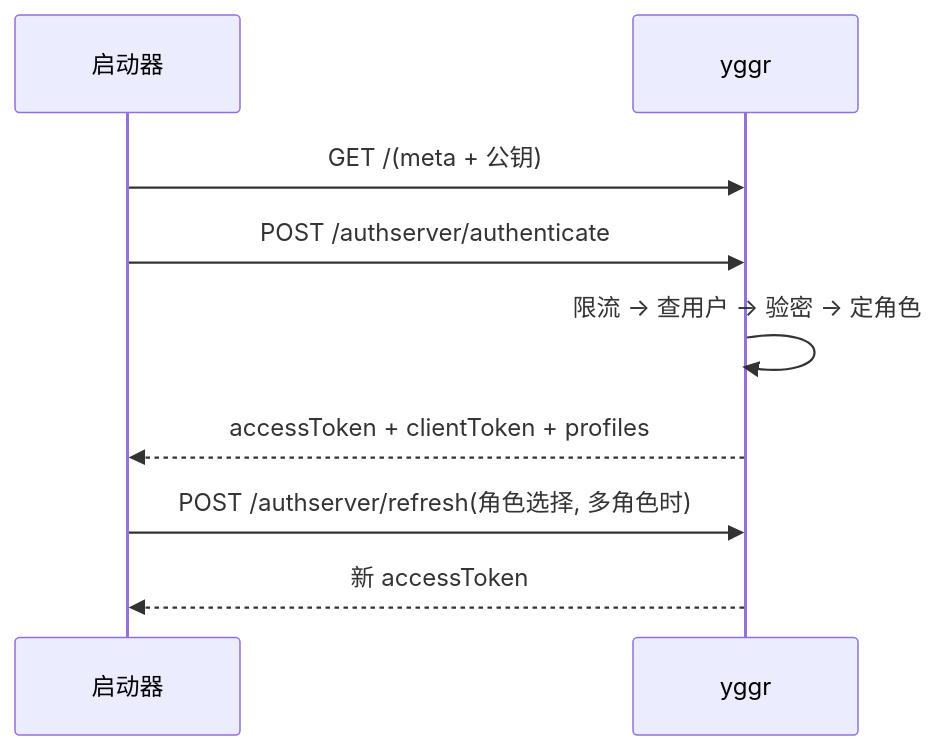
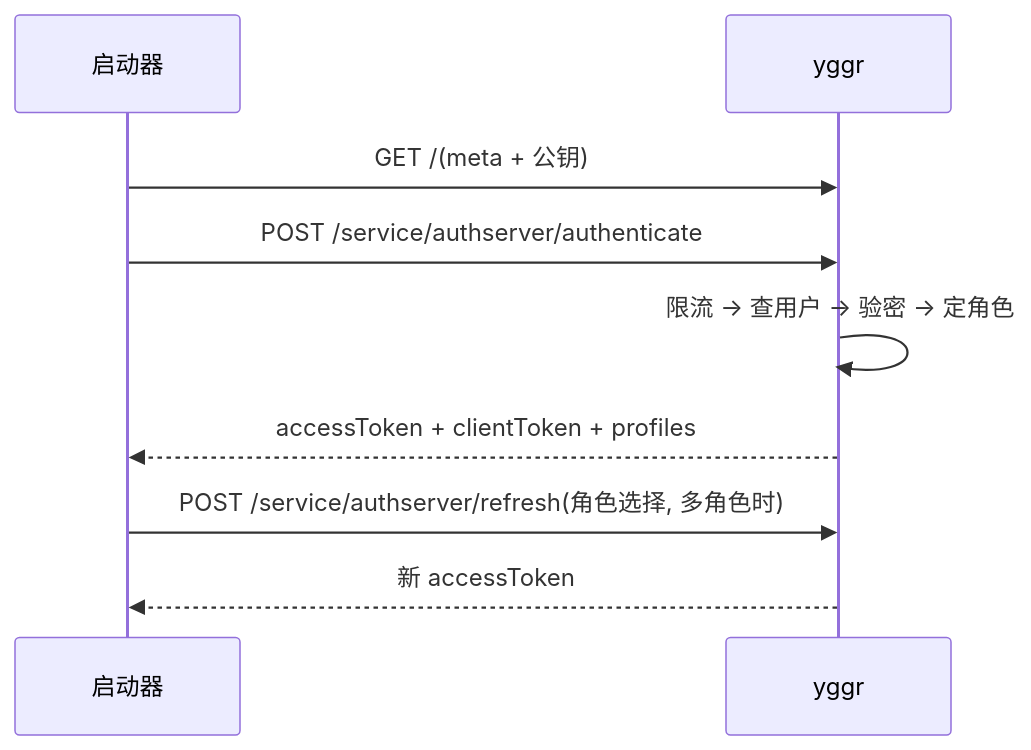
Before and after one commit to RhNu/yggr: the sixth of 7 diagrams in docs/architecture.md, drawn with Mermaid. The commit also changed other lines of this file and 16 other files, not shown here.

````diff
--- a/docs/architecture.md
+++ b/docs/architecture.md
@@ -526,11 +531,11 @@
 ```mermaid
 sequenceDiagram
     participant C as 启动器
     participant Y as yggr
     C->>Y: GET /(meta + 公钥)
-    C->>Y: POST /authserver/authenticate
+    C->>Y: POST /service/authserver/authenticate
     Y->>Y: 限流 → 查用户 → 验密 → 定角色
     Y-->>C: accessToken + clientToken + profiles
-    C->>Y: POST /authserver/refresh(角色选择, 多角色时)
+    C->>Y: POST /service/authserver/refresh(角色选择, 多角色时)
     Y-->>C: 新 accessToken
 ```
````
